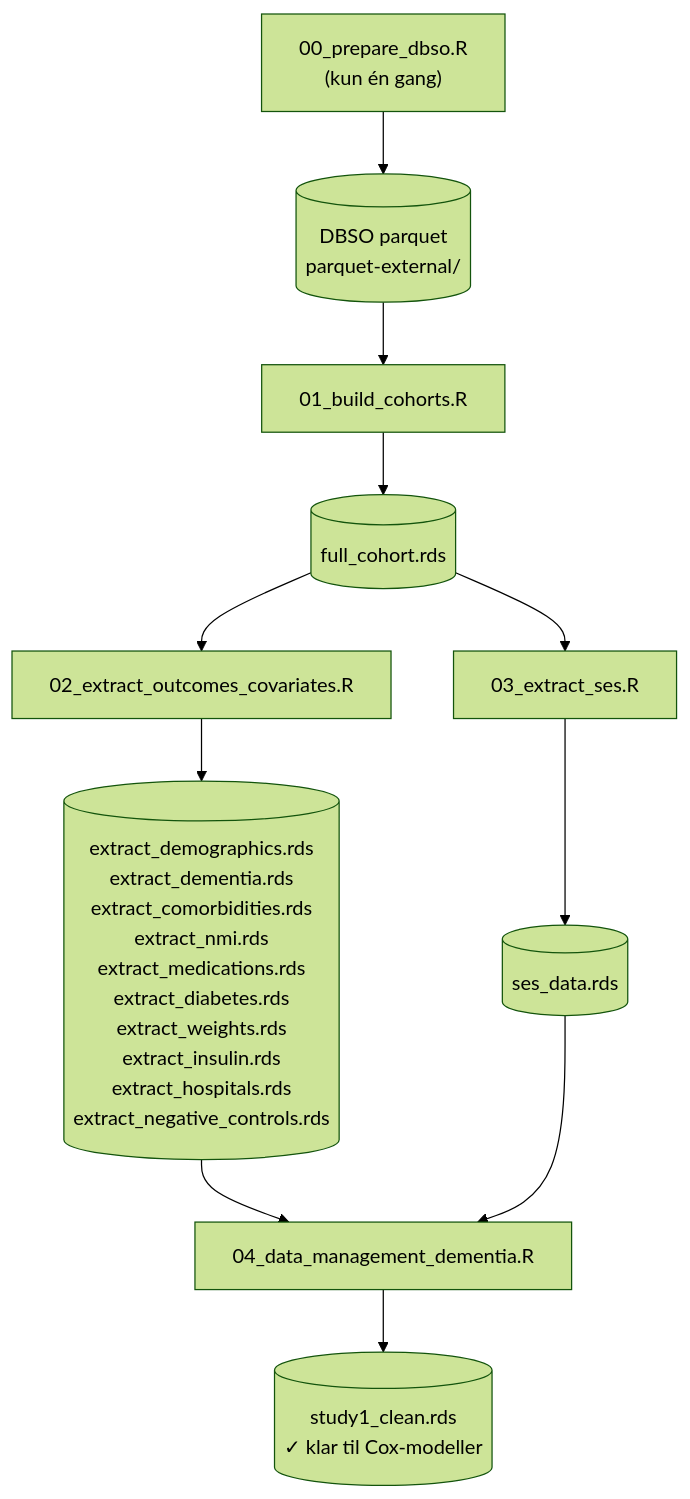
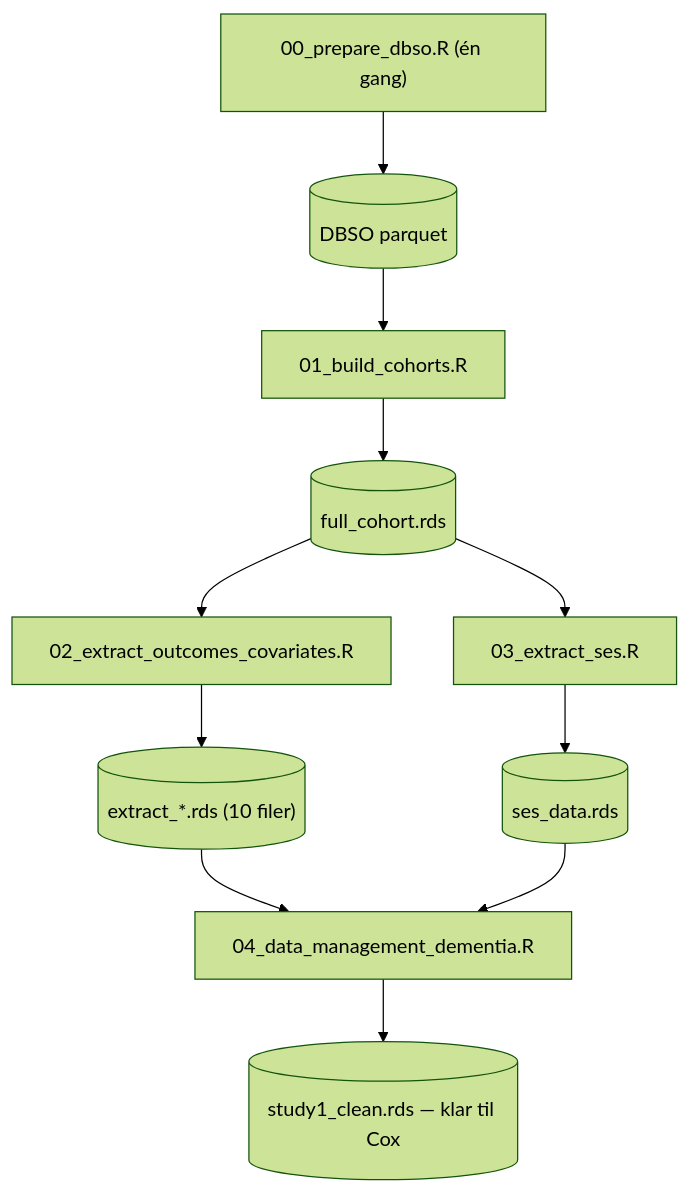
One commit to saras-clin/BSDemens changed the third of 3 diagrams in docs/getting-started-dst.qmd. Above: the diagram before and after it, drawn with Mermaid (forest theme). The commit also changed other lines of this file, not shown here.

Commit message:
Fix pipeline diagram: remove \n, compact EXT node, list files below

````diff
--- a/docs/getting-started-dst.qmd
+++ b/docs/getting-started-dst.qmd
@@ -418,25 +418,25 @@
 ```{mermaid}
 flowchart TD
-    S00["00_prepare_dbso.R\n(kun én gang)"]
+    S00["00_prepare_dbso.R (én gang)"]
     S01["01_build_cohorts.R"]
     S02["02_extract_outcomes_covariates.R"]
     S03["03_extract_ses.R"]
     S04["04_data_management_dementia.R"]
 
-    DBSO[("DBSO parquet\nparquet-external/")]
+    DBSO[("DBSO parquet")]
     FC[("full_cohort.rds")]
-    EXT[("extract_demographics.rds\nextract_dementia.rds\nextract_comorbidities.rds\nextract_nmi.rds\nextract_medications.rds\nextract_diabetes.rds\nextract_weights.rds\nextract_insulin.rds\nextract_hospitals.rds\nextract_negative_controls.rds")]
+    EXT[("extract_*.rds (10 filer)")]
     SES[("ses_data.rds")]
-    OUT[("study1_clean.rds\n✓ klar til Cox-modeller")]
+    OUT[("study1_clean.rds — klar til Cox")]
 
     S00 --> DBSO
     DBSO --> S01
     S01 --> FC
     FC --> S02
     FC --> S03
     S02 --> EXT
     S03 --> SES
     EXT --> S04
     SES --> S04
     S04 --> OUT
 ```
````
